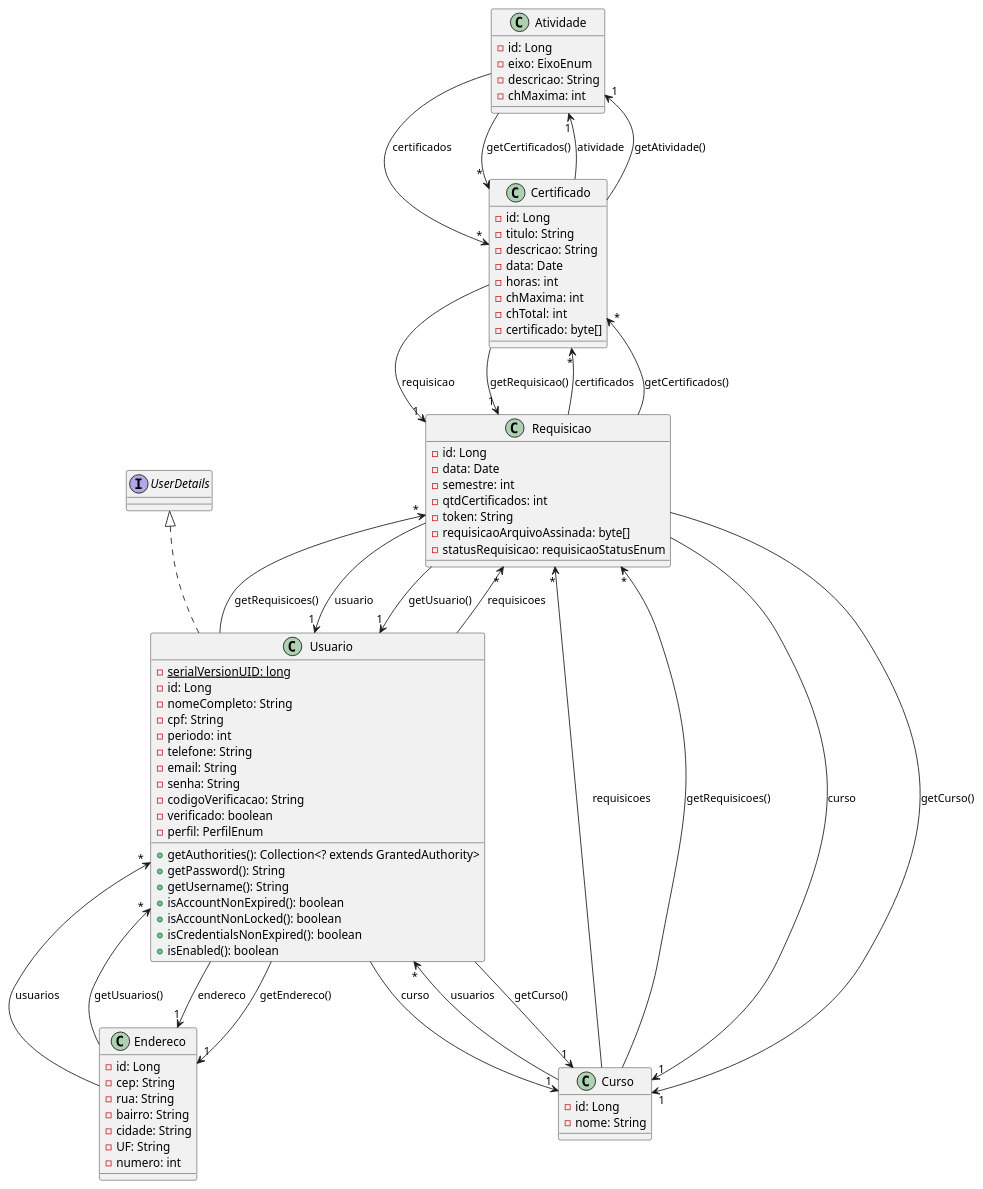
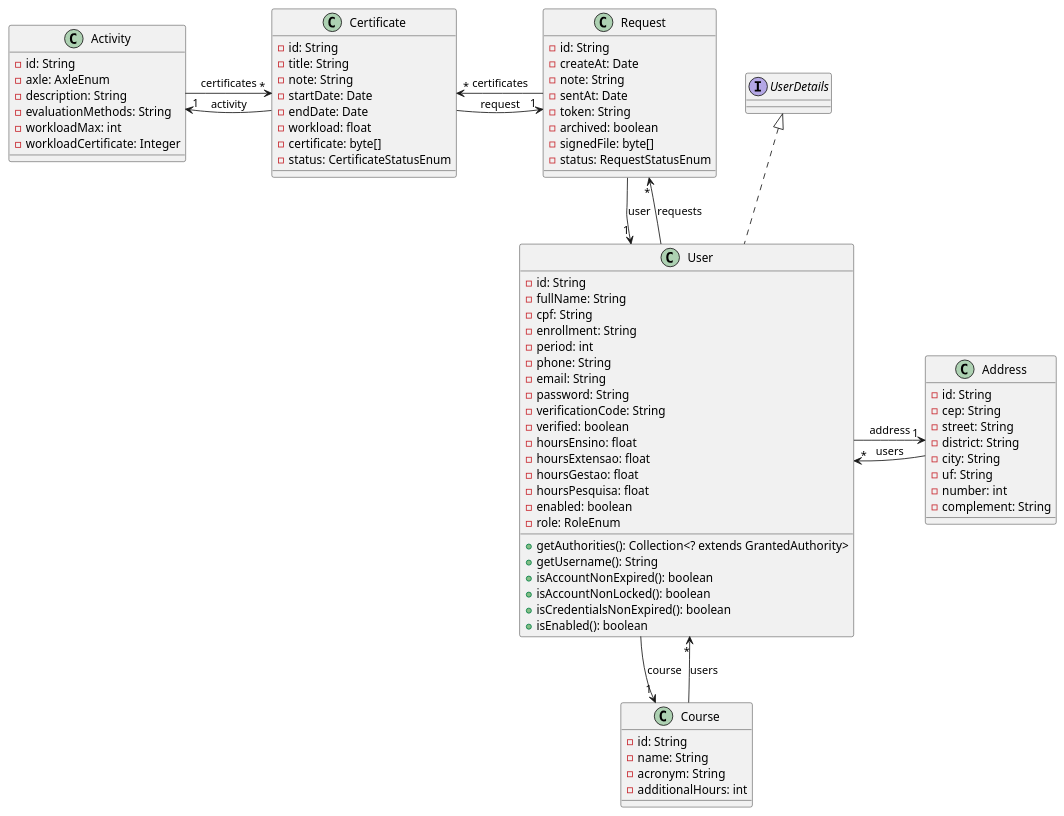
The diagram in docs_source/src/2. Níveis/2.4 Código - C4/2.4.2 Classes/diagrama-c4.puml (kvojps/sistema-acs), drawn with PlantUML before and after one commit. The commit also changed 2 other files, not shown here.

```diff
--- a/docs_source/src/2. Níveis/2.4 Código - C4/2.4.2 Classes/diagrama-c4.puml
+++ b/docs_source/src/2. Níveis/2.4 Código - C4/2.4.2 Classes/diagrama-c4.puml
@@ -1,161 +1,103 @@
-@startuml classes
-    class Atividade [[java:br.upe.acs.model.Atividade]] {
-        -id: Long
-        -eixo: EixoEnum
-        -descricao: String
-        -chMaxima: int
-    }
-
-    class Certificado {
-    }
-
-    Atividade --> "*" Certificado : certificados
-    class Certificado {
-    }
-
-    Atividade --> "*" Certificado : getCertificados()
-    class Certificado [[java:br.upe.acs.model.Certificado]] {
-        -id: Long
-        -titulo: String
-        -descricao: String
-        -data: Date
-        -horas: int
-        -chMaxima: int
-        -chTotal: int
-        -certificado: byte[]
-    }
-
-    class Requisicao {
-    }
-
-    Certificado --> "1" Requisicao : requisicao
-    class Atividade {
-    }
-
-    Certificado --> "1" Atividade : atividade
-    class Requisicao {
-    }
-
-    Certificado --> "1" Requisicao : getRequisicao()
-    class Atividade {
-    }
-
-    Certificado --> "1" Atividade : getAtividade()
-    class Curso [[java:br.upe.acs.model.Curso]] {
-        -id: Long
-        -nome: String
-    }
-
-    class Requisicao {
-    }
-
-    Curso --> "*" Requisicao : requisicoes
-    class Usuario {
-    }
-
-    Curso --> "*" Usuario : usuarios
-    class Requisicao {
-    }
-
-    Curso --> "*" Requisicao : getRequisicoes()
-    class Endereco [[java:br.upe.acs.model.Endereco]] {
-        -id: Long
-        -cep: String
-        -rua: String
-        -bairro: String
-        -cidade: String
-        -UF: String
-        -numero: int
-    }
-
-    class Usuario {
-    }
-
-    Endereco --> "*" Usuario : usuarios
-    class Usuario {
-    }
-
-    Endereco --> "*" Usuario : getUsuarios()
-    class Requisicao [[java:br.upe.acs.model.Requisicao]] {
-        -id: Long
-        -data: Date
-        -semestre: int
-        -qtdCertificados: int
-        -token: String
-        -requisicaoArquivoAssinada: byte[]
-        -statusRequisicao: requisicaoStatusEnum
-    }
-
-    class Usuario {
-    }
-
-    Requisicao --> "1" Usuario : usuario
-    class Curso {
-    }
-
-    Requisicao --> "1" Curso : curso
-    class Certificado {
-    }
-
-    Requisicao --> "*" Certificado : certificados
-    class Curso {
-    }
-
-    Requisicao --> "1" Curso : getCurso()
-    class Certificado {
-    }
-
-    Requisicao --> "*" Certificado : getCertificados()
-    class Usuario {
-    }
-
-    Requisicao --> "1" Usuario : getUsuario()
-    class Usuario [[java:br.upe.acs.model.Usuario]] {
-        -{static} serialVersionUID: long
-        -id: Long
-        -nomeCompleto: String
-        -cpf: String
-        -periodo: int
-        -telefone: String
-        -email: String
-        -senha: String
-        -codigoVerificacao: String
-        -verificado: boolean
-        -perfil: PerfilEnum
-        +getAuthorities(): Collection<? extends GrantedAuthority>
-        +getPassword(): String
-        +getUsername(): String
-        +isAccountNonExpired(): boolean
-        +isAccountNonLocked(): boolean
-        +isCredentialsNonExpired(): boolean
-        +isEnabled(): boolean
-    }
-
-    class Endereco {
-    }
-
-    Usuario --> "1" Endereco : endereco
-    class Curso {
-    }
-
-    Usuario --> "1" Curso : curso
-    class Requisicao {
-    }
-
-    Usuario --> "*" Requisicao : requisicoes
-    class Endereco {
-    }
-
-    Usuario --> "1" Endereco : getEndereco()
-    class Curso {
-    }
-
-    Usuario --> "1" Curso : getCurso()
-    class Requisicao {
-    }
-    
-    Usuario --> "*" Requisicao : getRequisicoes()
-    interface UserDetails {
-    }
-    UserDetails <|.. Usuario
+@startuml
+class Activity [[java:br.upe.acs.model.Activity]] {
+	-id: String
+	-axle: AxleEnum
+	-description: String
+	-evaluationMethods: String
+	-workloadMax: int
+	-workloadCertificate: Integer
+}
+class Certificate {
+}
+Activity -> "*" Certificate : certificates
+class Address [[java:br.upe.acs.model.Address]] {
+	-id: String
+	-cep: String
+	-street: String
+	-district: String
+	-city: String
+	-uf: String
+	-number: int
+	-complement: String
+}
+class User {
+}
+Address -> "*" User : users
+class Certificate [[java:br.upe.acs.model.Certificate]] {
+	-id: String
+	-title: String
+	-note: String
+	-startDate: Date
+	-endDate: Date
+	-workload: float
+	-certificate: byte[]
+	-status: CertificateStatusEnum
+}
+class Request {
+}
+Certificate -> "1" Request : request
+class Activity {
+}
+Certificate --> "1" Activity : activity
+class Course [[java:br.upe.acs.model.Course]] {
+	-id: String
+	-name: String
+	-acronym: String
+	-additionalHours: int
+}
+class User {
+}
+Course --> "*" User : users
+class Request [[java:br.upe.acs.model.Request]] {
+	-id: String
+	-createAt: Date
+	-note: String
+	-sentAt: Date
+	-token: String
+	-archived: boolean
+	-signedFile: byte[]
+	-status: RequestStatusEnum
+}
+class User {
+}
+Request --> "1" User : user
+class Certificate {
+}
+Request --> "*" Certificate : certificates
+class User [[java:br.upe.acs.model.User]] {
+	-id: String
+	-fullName: String
+	-cpf: String
+	-enrollment: String
+	-period: int
+	-phone: String
+	-email: String
+	-password: String
+	-verificationCode: String
+	-verified: boolean
+	-hoursEnsino: float
+	-hoursExtensao: float
+	-hoursGestao: float
+	-hoursPesquisa: float
+	-enabled: boolean
+	-role: RoleEnum
+	+getAuthorities(): Collection<? extends GrantedAuthority>
+	+getUsername(): String
+	+isAccountNonExpired(): boolean
+	+isAccountNonLocked(): boolean
+	+isCredentialsNonExpired(): boolean
+	+isEnabled(): boolean
+}
+class Request {
+}
+User --> "*" Request : requests
+class Address {
+}
+User --> "1" Address : address
+class Course {
+}
+User --> "1" Course : course
+interface UserDetails {
+}
+UserDetails <|.. User
 @enduml
```
